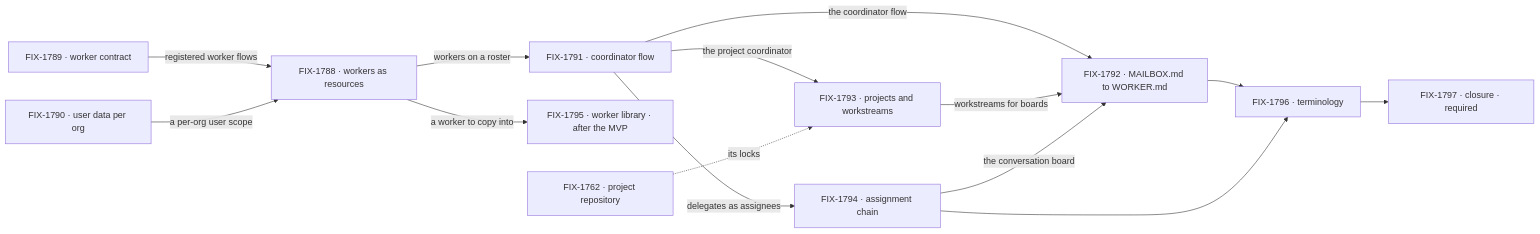
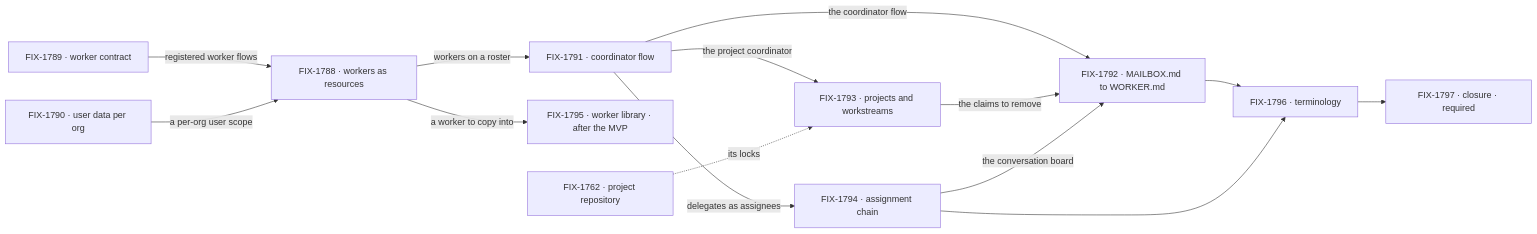
The second of 2 diagrams in specs/epics/FIX-1786/SPEC.md (fixpoint-labs/flow-state-dev), drawn with Mermaid before and after one commit. The commit also changed 2 other files, not shown here.

Commit message:
spec(epic): match FIX-1792's final fold (FIX-1786)
FIX-1792's spec (#2833, 112f5e6) keeps all 15 boards on conversations and
moves the DevTeam's workstreams to FIX-1802.

- D5 locks in: FIX-1792 waits on FIX-1793 only for the claims removal (S10).
- PLAN step 4 and the FIX-1792 row carry #2833's per-PR dependencies: P1
  after FIX-1791 through its P2 (everyone); P2 after FIX-1791 P2 (rounds)
  and FIX-1794; P3 after FIX-1791 P2, FIX-1794 and FIX-1793 (S10); P4a after
  P1-P3; P4b after P4a.
- SPEC graph: the FIX-1793 to FIX-1792 edge is the claims to remove.
- PLAN, not children: FIX-1802 carries the DevTeam's feature and release
  workstreams and their project placement.

Claude-Session: https://claude.ai/code/session_01XMg2dz8sMEdyzCQTRsaMTV

````diff
--- a/specs/epics/FIX-1786/SPEC.md
+++ b/specs/epics/FIX-1786/SPEC.md
@@ -108,16 +108,16 @@
 ```mermaid
 flowchart LR
   C["FIX-1789 · worker contract"] -->|"registered worker flows"| W["FIX-1788 · workers as resources"]
   O["FIX-1790 · user data per org"] -->|"a per-org user scope"| W
   W -->|"workers on a roster"| K["FIX-1791 · coordinator flow"]
   W -->|"a worker to copy into"| L["FIX-1795 · worker library · after the MVP"]
   K -->|"the project coordinator"| P["FIX-1793 · projects and workstreams"]
   K -->|"delegates as assignees"| H["FIX-1794 · assignment chain"]
   K -->|"the coordinator flow"| M["FIX-1792 · MAILBOX.md to WORKER.md"]
-  P -->|"workstreams for boards"| M
+  P -->|"the claims to remove"| M
   H -->|"the conversation board"| M
   M --> T["FIX-1796 · terminology"]
   H --> T
   T --> Z["FIX-1797 · closure · required"]
   X["FIX-1762 · project repository"] -.->|"its locks"| P
 ```
````
